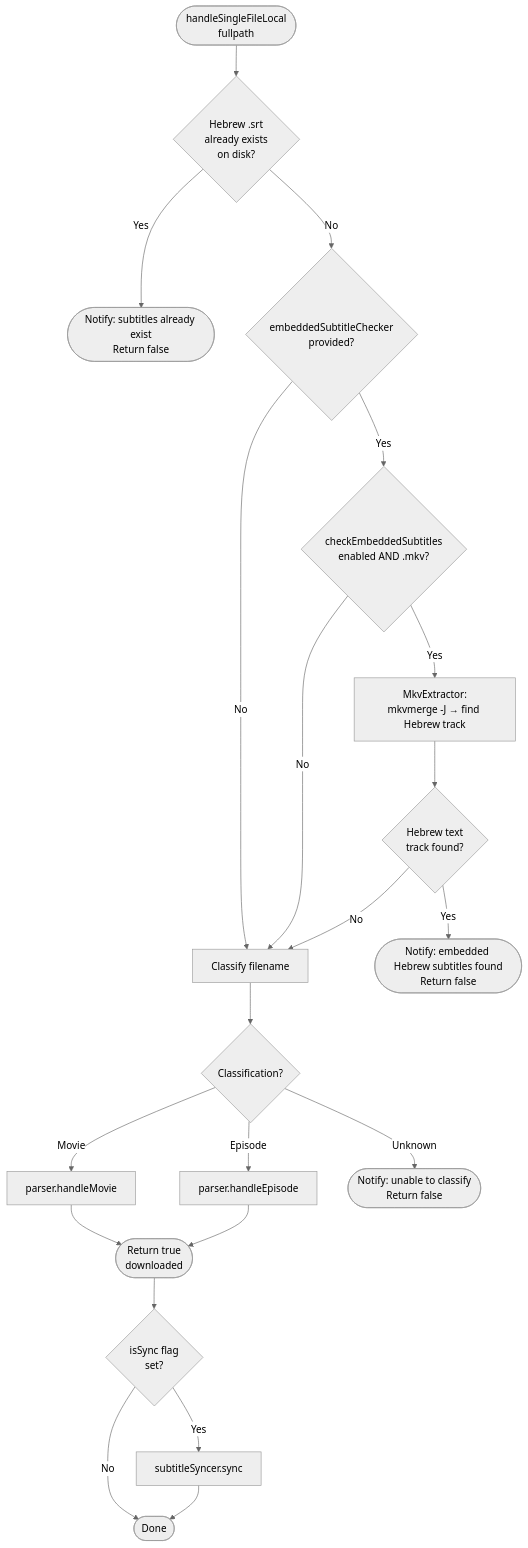
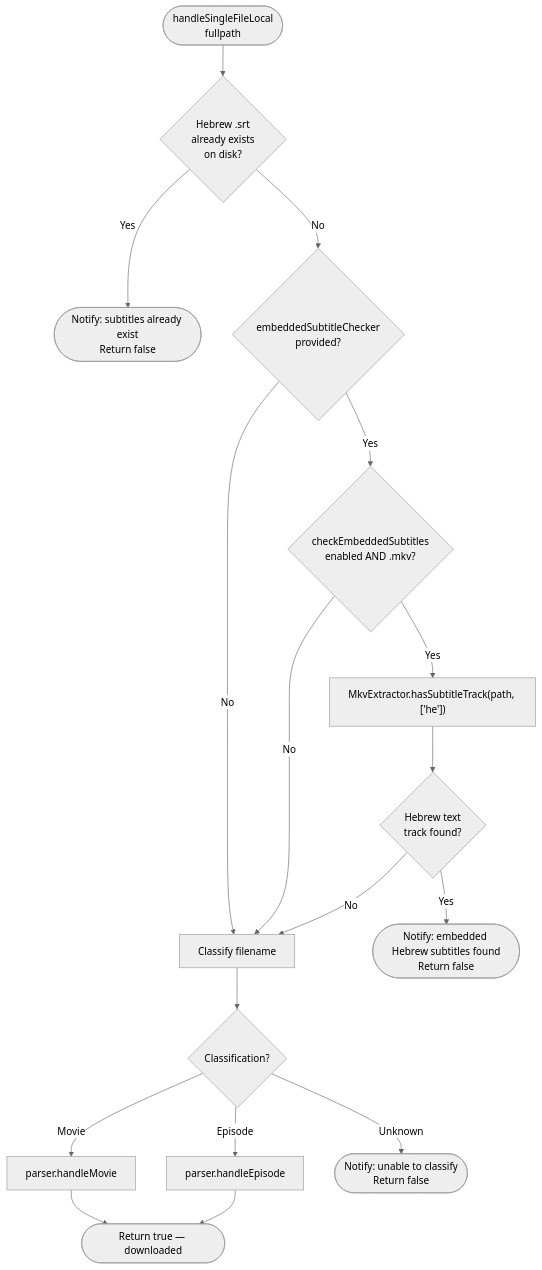
The second of 8 diagrams in docs/flow-charts.md (yoavain/screwzira-subtitle-downloader), drawn with Mermaid (neutral theme) before and after one commit. The commit also changed other lines of this file and 38 other files, not shown here.

````diff
--- a/docs/flow-charts.md
+++ b/docs/flow-charts.md
@@ -25,23 +41,19 @@
 ```mermaid
 flowchart TD
-    A([handleSingleFileLocal\nfullpath]) --> B{Hebrew .srt\nalready exists\non disk?}
-    B -- Yes --> B1([Notify: subtitles already exist\nReturn false])
-    B -- No --> B2{embeddedSubtitleChecker\nprovided?}
+    A([handleSingleFileLocal<br/>fullpath]) --> B{Hebrew .srt<br/>already exists<br/>on disk?}
+    B -- Yes --> B1([Notify: subtitles already exist<br/>Return false])
+    B -- No --> B2{embeddedSubtitleChecker<br/>provided?}
     B2 -- No --> C
-    B2 -- Yes --> B3{checkEmbeddedSubtitles\nenabled AND .mkv?}
+    B2 -- Yes --> B3{checkEmbeddedSubtitles<br/>enabled AND .mkv?}
     B3 -- No --> C
-    B3 -- Yes --> B4[MkvExtractor:\nmkvmerge -J → find Hebrew track]
-    B4 --> B5{Hebrew text\ntrack found?}
-    B5 -- Yes --> B6([Notify: embedded Hebrew subtitles found\nReturn false])
+    B3 -- Yes --> B4["MkvExtractor.hasSubtitleTrack(path, ['he'])"]
+    B4 --> B5{Hebrew text<br/>track found?}
+    B5 -- Yes --> B6([Notify: embedded Hebrew subtitles found<br/>Return false])
     B5 -- No --> C
     C[Classify filename] --> D{Classification?}
     D -- Movie --> E[parser.handleMovie]
     D -- Episode --> F[parser.handleEpisode]
-    D -- Unknown --> G([Notify: unable to classify\nReturn false])
-    E --> H([Return true\ndownloaded])
+    D -- Unknown --> G([Notify: unable to classify<br/>Return false])
+    E --> H([Return true — downloaded])
     F --> H
-    H --> I{isSync flag\nset?}
-    I -- No --> Z([Done])
-    I -- Yes --> J[subtitleSyncer.sync]
-    J --> Z
 ```
````
